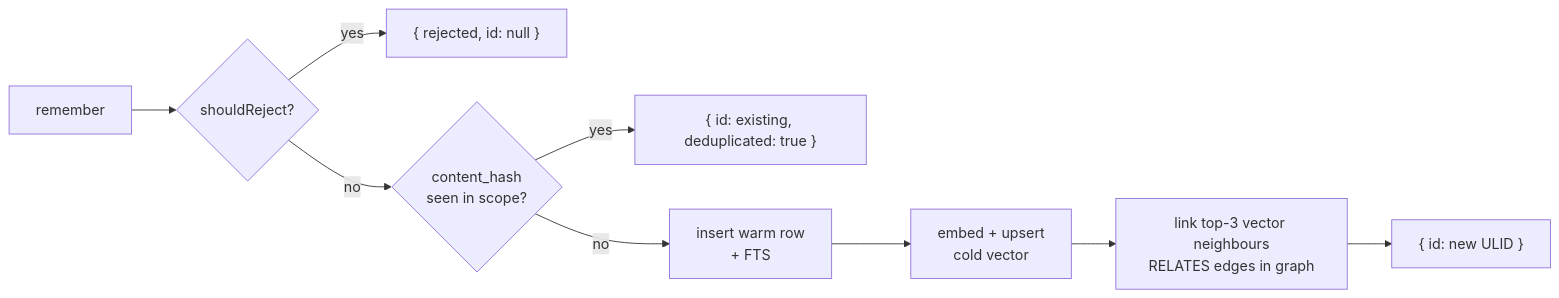
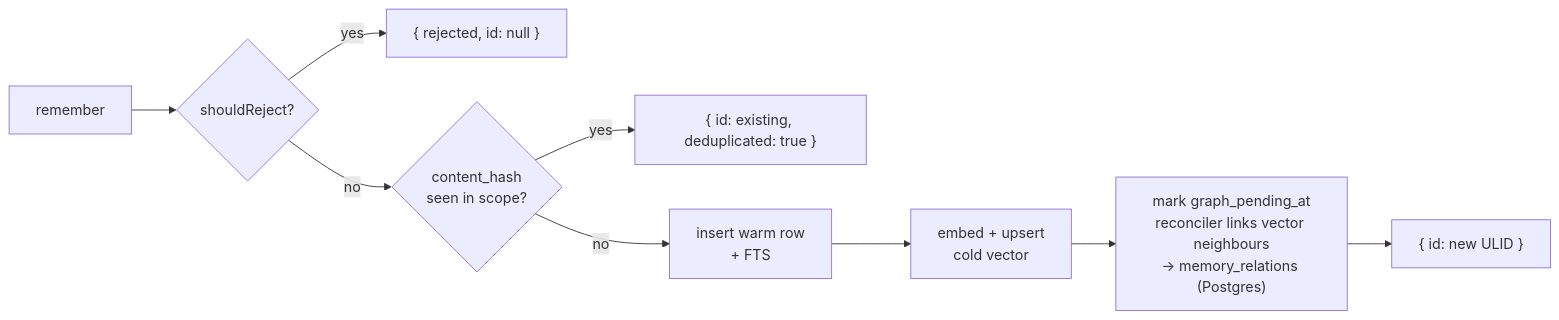
One commit to azrtydxb/novamem changed the third of 4 diagrams in packages/docs-site/architecture/system.md. Above: the diagram before and after it, drawn with Mermaid. The commit also changed other lines of this file and 50 other files, not shown here.

````diff
--- a/packages/docs-site/architecture/system.md
+++ b/packages/docs-site/architecture/system.md
@@ -63,11 +60,11 @@
 ```mermaid
 flowchart LR
     A[remember] --> B{shouldReject?}
     B -- yes --> Z["{ rejected, id: null }"]
     B -- no --> C{content_hash<br/>seen in scope?}
     C -- yes --> Y["{ id: existing, deduplicated: true }"]
     C -- no --> D[insert warm row<br/>+ FTS]
     D --> E[embed + upsert<br/>cold vector]
-    E --> F[link top-3 vector neighbours<br/>RELATES edges in graph]
+    E --> F["mark graph_pending_at<br/>reconciler links vector neighbours<br/>→ memory_relations (Postgres)"]
     F --> X["{ id: new ULID }"]
 ```
````
